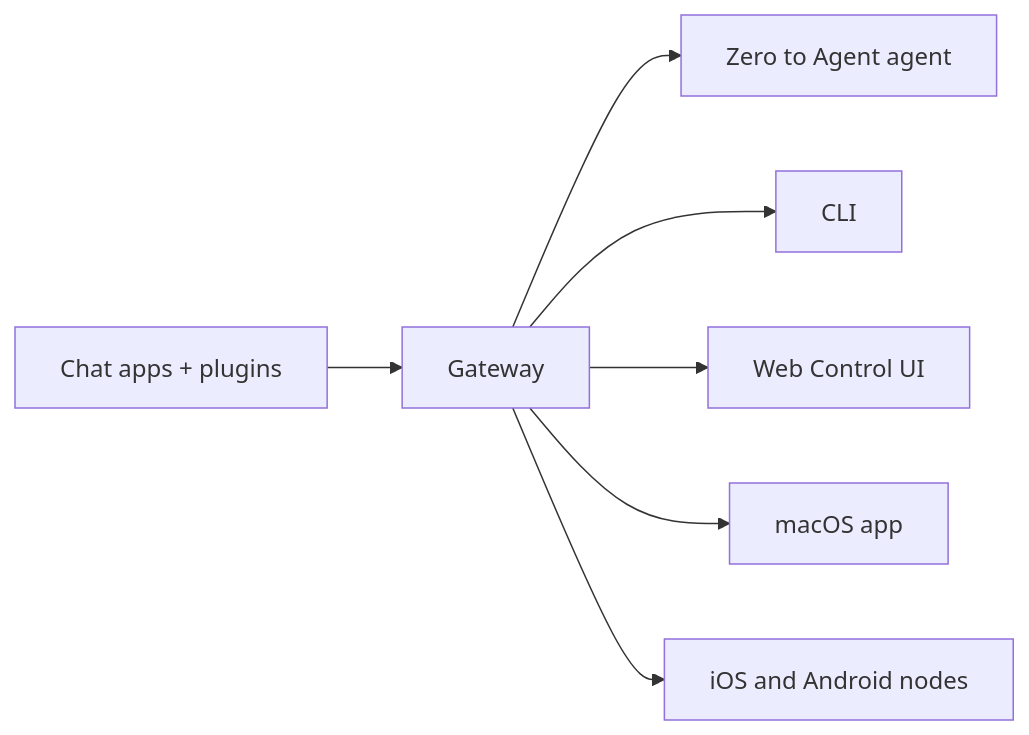
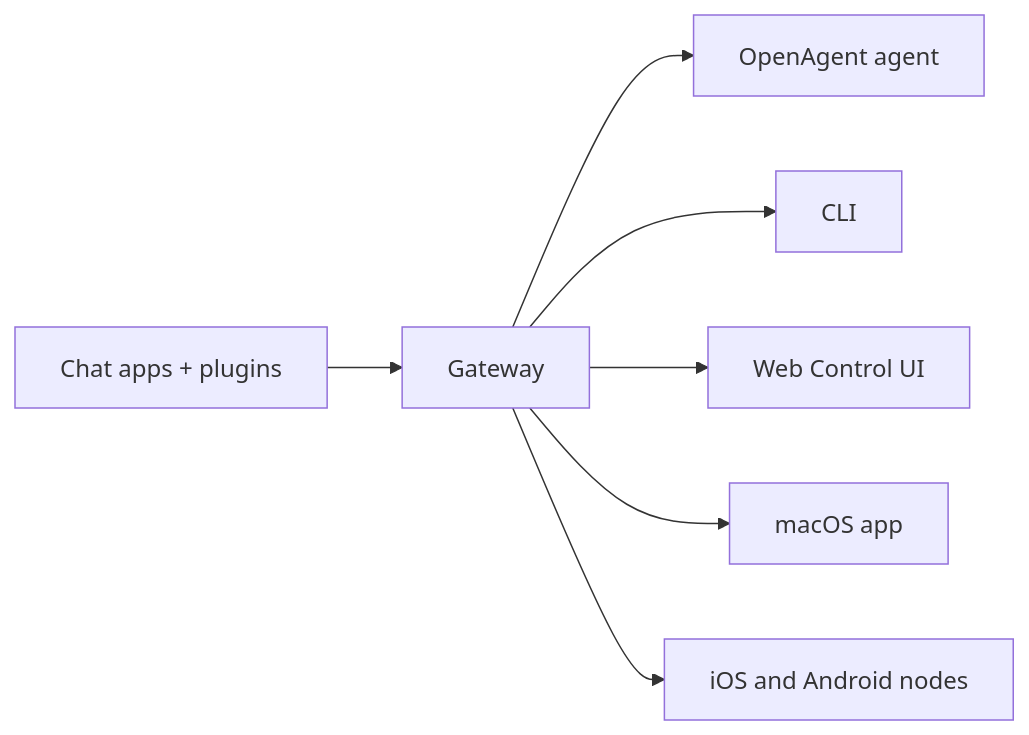
One commit to celaya-solutions/CSR-AGENT changed the diagram in docs/index.md. Above: the diagram before and after it, drawn with Mermaid. The commit also changed other lines of this file and 6032 other files, not shown here.

First line of the commit message:
refactor: rebrand user-facing display text to OpenAgent by Celaya Solutions

````diff
--- a/docs/index.md
+++ b/docs/index.md
@@ -111,9 +111,9 @@
 ```mermaid
 flowchart LR
   A["Chat apps + plugins"] --> B["Gateway"]
-  B --> C["Zero to Agent agent"]
+  B --> C["OpenAgent agent"]
   B --> D["CLI"]
   B --> E["Web Control UI"]
   B --> F["macOS app"]
   B --> G["iOS and Android nodes"]
 ```
````
